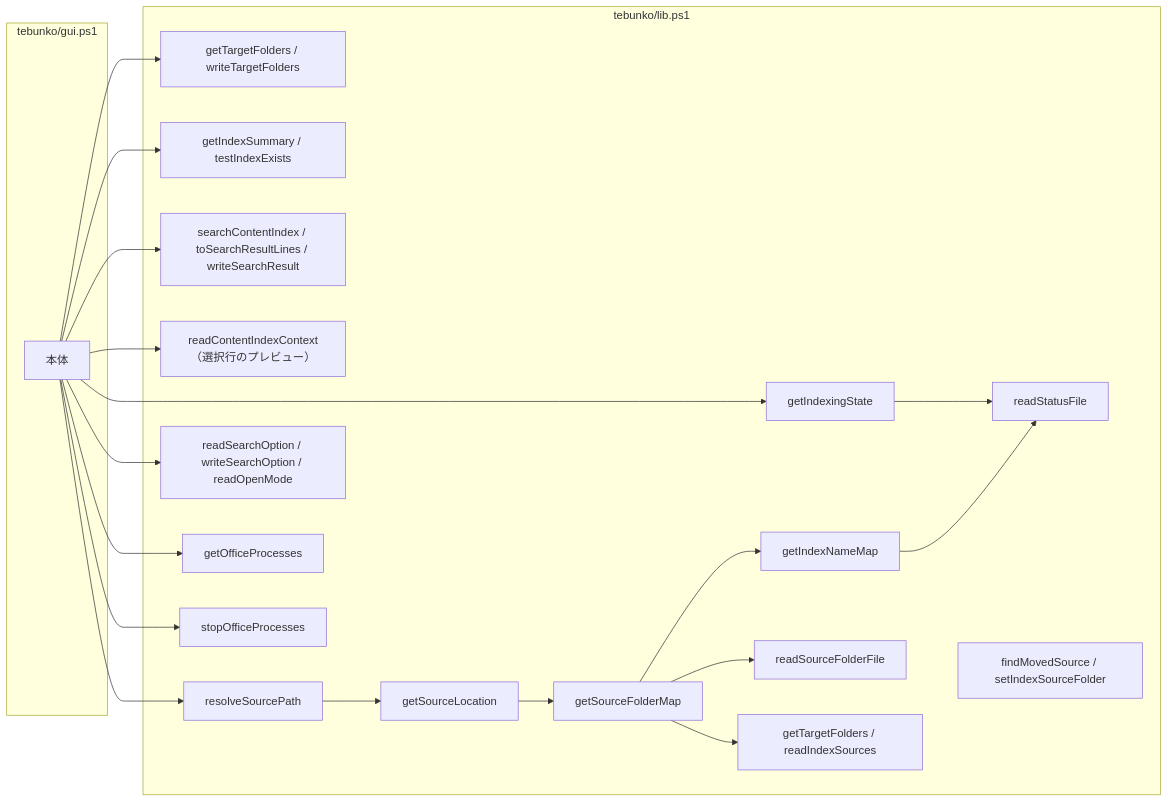
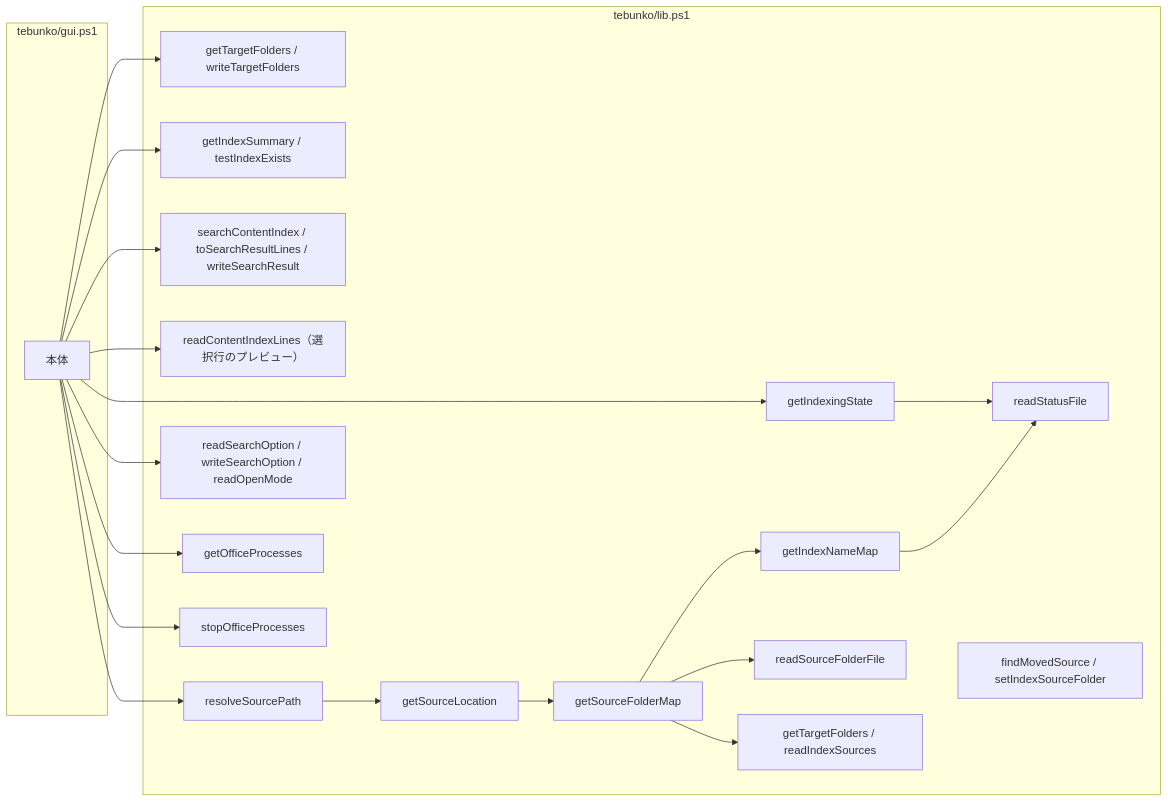
Before and after one commit to hsgwa/tebunko: the third of 3 diagrams in docs/design/reference/index.md, drawn with Mermaid. The commit also changed 11 other files, not shown here.

````diff
--- a/docs/design/reference/index.md
+++ b/docs/design/reference/index.md
@@ -96,22 +96,22 @@
 ```mermaid
 flowchart LR
     subgraph GUI["tebunko/gui.ps1"]
         G["本体"]
     end
     subgraph CMS2["tebunko/lib.ps1"]
         TF["getTargetFolders / writeTargetFolders"]
         CS["getIndexingState"] --> RSF2["readStatusFile"]
         SUM["getIndexSummary / testIndexExists"]
         SI2["searchContentIndex / toSearchResultLines / writeSearchResult"]
-        RPC["readContentIndexContext（選択行のプレビュー）"]
+        RPC["readContentIndexLines（選択行のプレビュー）"]
         RSP["resolveSourcePath"] --> SL["getSourceLocation"] --> SFM["getSourceFolderMap"] --> INM["getIndexNameMap"] --> RSF2
         SFM --> RSFF["readSourceFolderFile"]
         SFM --> TGT["getTargetFolders / readIndexSources"]
         RPL["findMovedSource / setIndexSourceFolder"]
         OPT["readSearchOption / writeSearchOption / readOpenMode"]
         GOP["getOfficeProcesses"]
         SOP["stopOfficeProcesses"]
     end
 
     G --> TF & CS & SUM & SI2 & RPC & RSP & OPT & GOP & SOP
 ```
````
